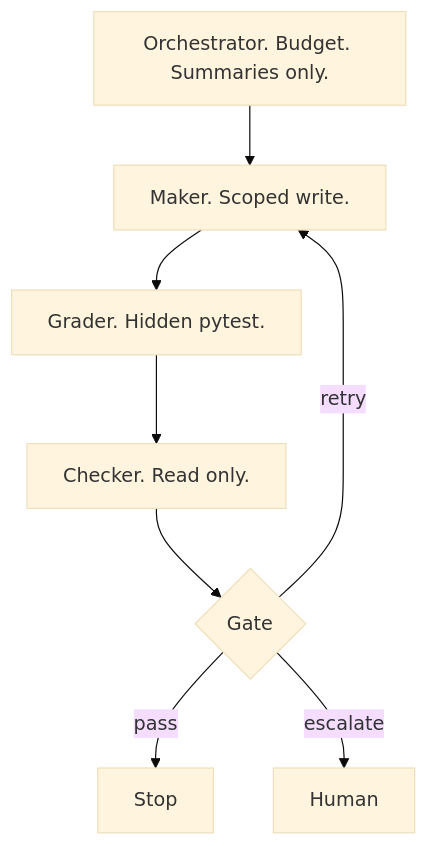
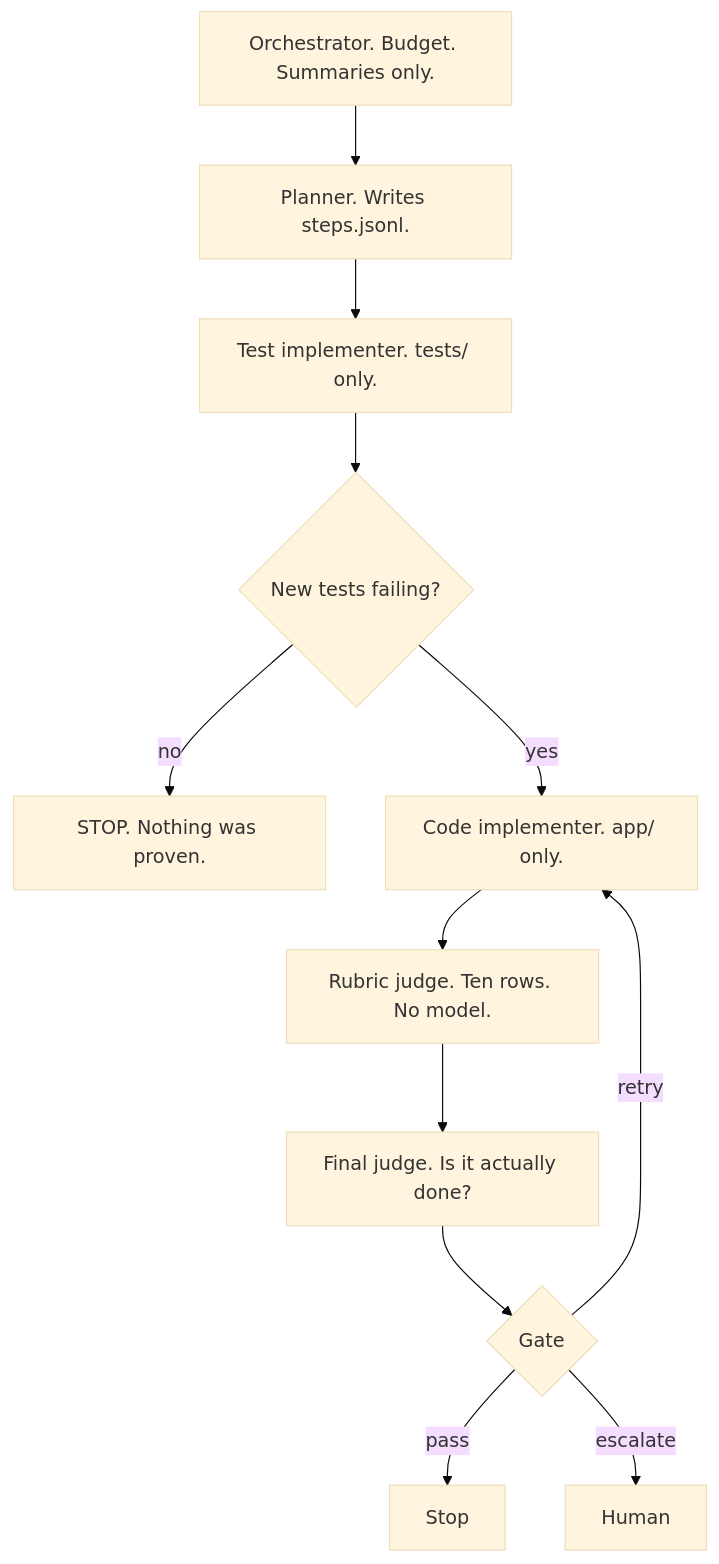
Before and after one commit to RichardHightower/reliable-agentic-lab: the first of 2 diagrams in slides/session-2-harness-engineering/slides.md, drawn with Mermaid (base theme). The commit also changed other lines of this file and 17 other files, not shown here.

First line of the commit message:
Rewrite the Session 1 and Session 2 decks for the new architecture.

````diff
--- a/slides/session-2-harness-engineering/slides.md
+++ b/slides/session-2-harness-engineering/slides.md
@@ -73,10 +122,14 @@
 ```mermaid
 flowchart TB
-  O[Orchestrator. Budget. Summaries only.] --> M[Maker. Scoped write.]
-  M --> G[Grader. Hidden pytest.]
-  G --> C[Checker. Read only.]
-  C --> Q{Gate}
-  Q -->|pass| Stop[Stop]
-  Q -->|retry| M
-  Q -->|escalate| H[Human]
+  O[Orchestrator. Budget. Summaries only.] --> P[Planner. Writes steps.jsonl.]
+  P --> T[Test implementer. tests/ only.]
+  T --> R{New tests failing?}
+  R -->|no| Stop1[STOP. Nothing was proven.]
+  R -->|yes| C[Code implementer. app/ only.]
+  C --> J[Rubric judge. Ten rows. No model.]
+  J --> F[Final judge. Is it actually done?]
+  F --> G{Gate}
+  G -->|pass| Done[Stop]
+  G -->|retry| C
+  G -->|escalate| H[Human]
 ```
````
